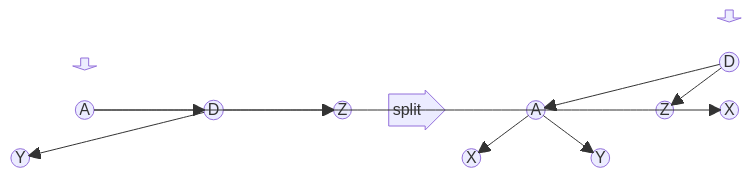
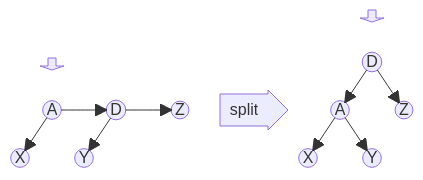
Before and after one commit to BenhurUFSM/l226b: the third of 3 diagrams in Assuntos/arvore-aa.md, drawn with Mermaid.

````diff
--- a/Assuntos/arvore-aa.md
+++ b/Assuntos/arvore-aa.md
@@ -72,17 +72,17 @@
 ```mermaid
 block
   columns 13
   space:11 p2<[" "]>(down) space
   space p1<[" "]>(down) space:9 r2(("D")) space
-  space r1(("A")) space d1(("D")) space dd1(("Z")) f<["split"]>(right) space e2(("A")) space d2(("Z"))
+  space r1(("A")) space d1(("D")) space dd1(("Z")) f<["split"]>(right):3 space e2(("A")) space d2(("Z"))
   %%space:6 f<["split"]>(right):3 space:4
   e1(("X")) space de1(("Y")) space:3 space:3 ee2(("X")) space ed2(("Y")) space:2
   r1-->e1
   r1-->d1
   d1-->dd1
   d1-->de1
   r2-->e2
   r2-->d2
   e2-->ee2
   e2-->ed2
 ```
````
